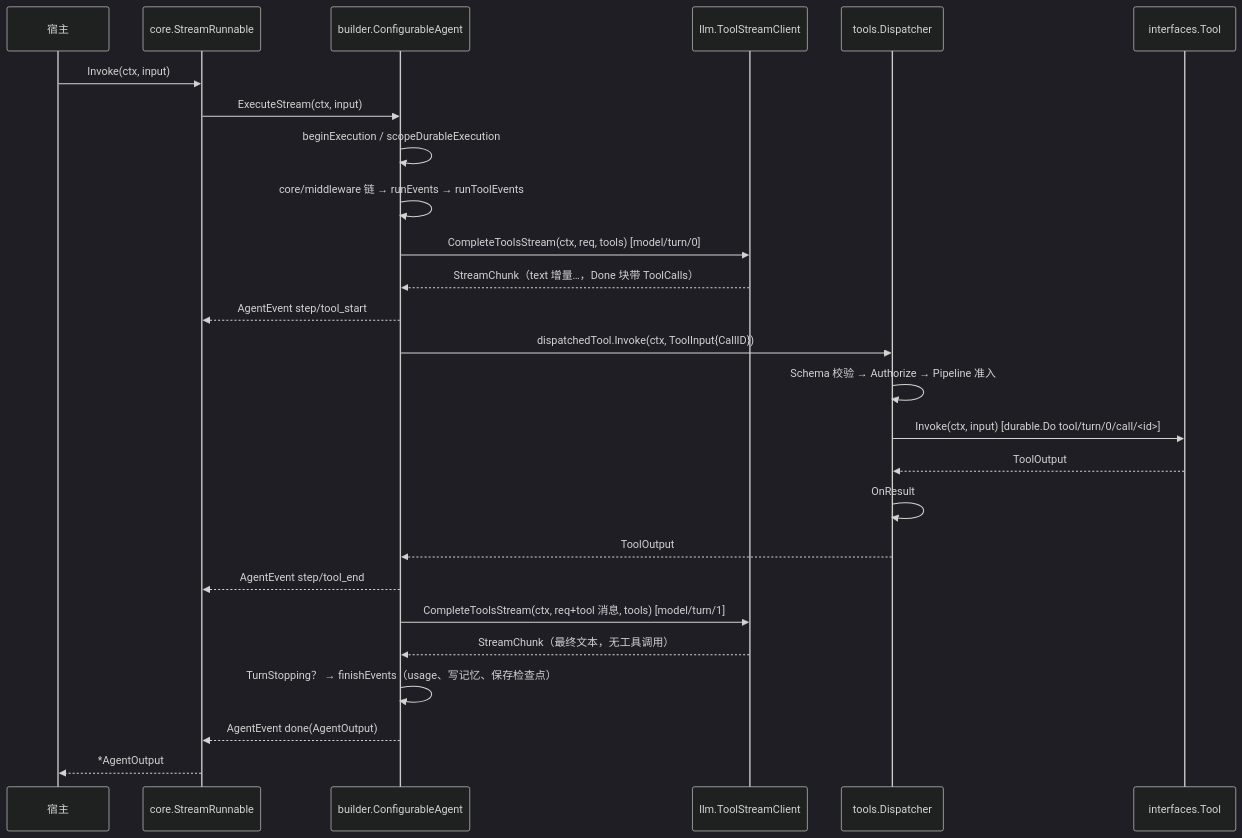
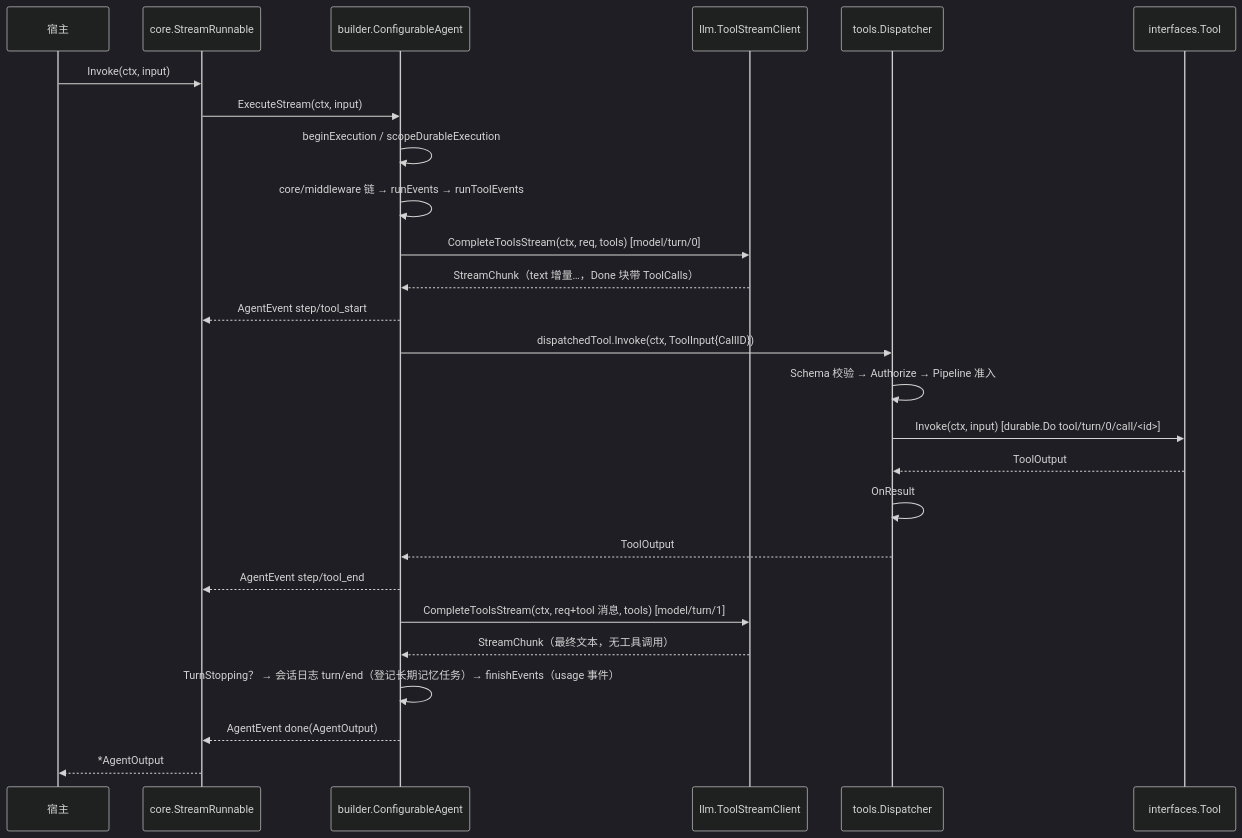
One commit to kart-io/goagent changed the first of 5 diagrams in docs/design/SEQUENCE_DIAGRAMS.md. Above: the diagram before and after it, drawn with Mermaid (dark theme). The commit also changed 60 other files, not shown here.

````diff
--- a/docs/design/SEQUENCE_DIAGRAMS.md
+++ b/docs/design/SEQUENCE_DIAGRAMS.md
@@ -7,29 +7,29 @@
 ```mermaid
 sequenceDiagram
     participant Host as 宿主
     participant R as core.StreamRunnable
     participant A as builder.ConfigurableAgent
     participant M as llm.ToolStreamClient
     participant D as tools.Dispatcher
     participant T as interfaces.Tool
 
     Host->>R: Invoke(ctx, input)
     R->>A: ExecuteStream(ctx, input)
     A->>A: beginExecution / scopeDurableExecution
     A->>A: core/middleware 链 → runEvents → runToolEvents
     A->>M: CompleteToolsStream(ctx, req, tools)  [model/turn/0]
     M-->>A: StreamChunk（text 增量…，Done 块带 ToolCalls）
     A-->>R: AgentEvent step/tool_start
     A->>D: dispatchedTool.Invoke(ctx, ToolInput{CallID})
     D->>D: Schema 校验 → Authorize → Pipeline 准入
     D->>T: Invoke(ctx, input)  [durable.Do tool/turn/0/call/<id>]
     T-->>D: ToolOutput
     D->>D: OnResult
     D-->>A: ToolOutput
     A-->>R: AgentEvent step/tool_end
     A->>M: CompleteToolsStream(ctx, req+tool 消息, tools)  [model/turn/1]
     M-->>A: StreamChunk（最终文本，无工具调用）
-    A->>A: TurnStopping？ → finishEvents（usage、写记忆、保存检查点）
+    A->>A: TurnStopping？ → 会话日志 turn/end（登记长期记忆任务）→ finishEvents（usage 事件）
     A-->>R: AgentEvent done(AgentOutput)
     R-->>Host: *AgentOutput
 ```
````
